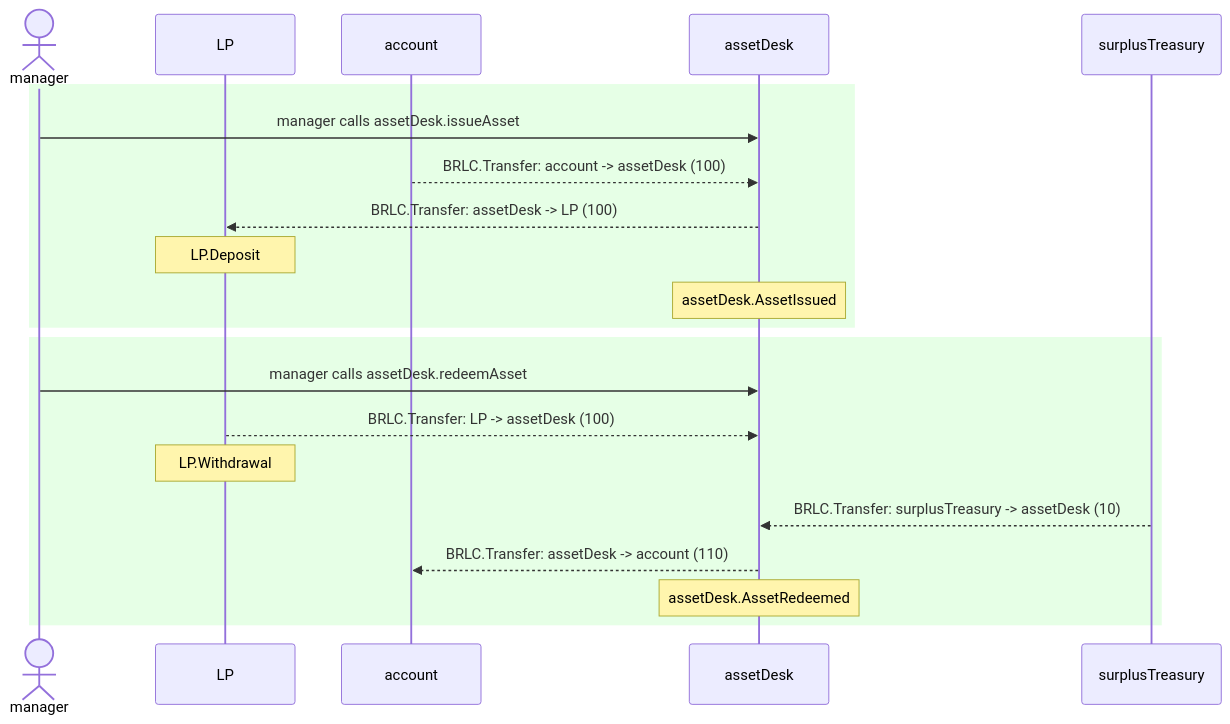
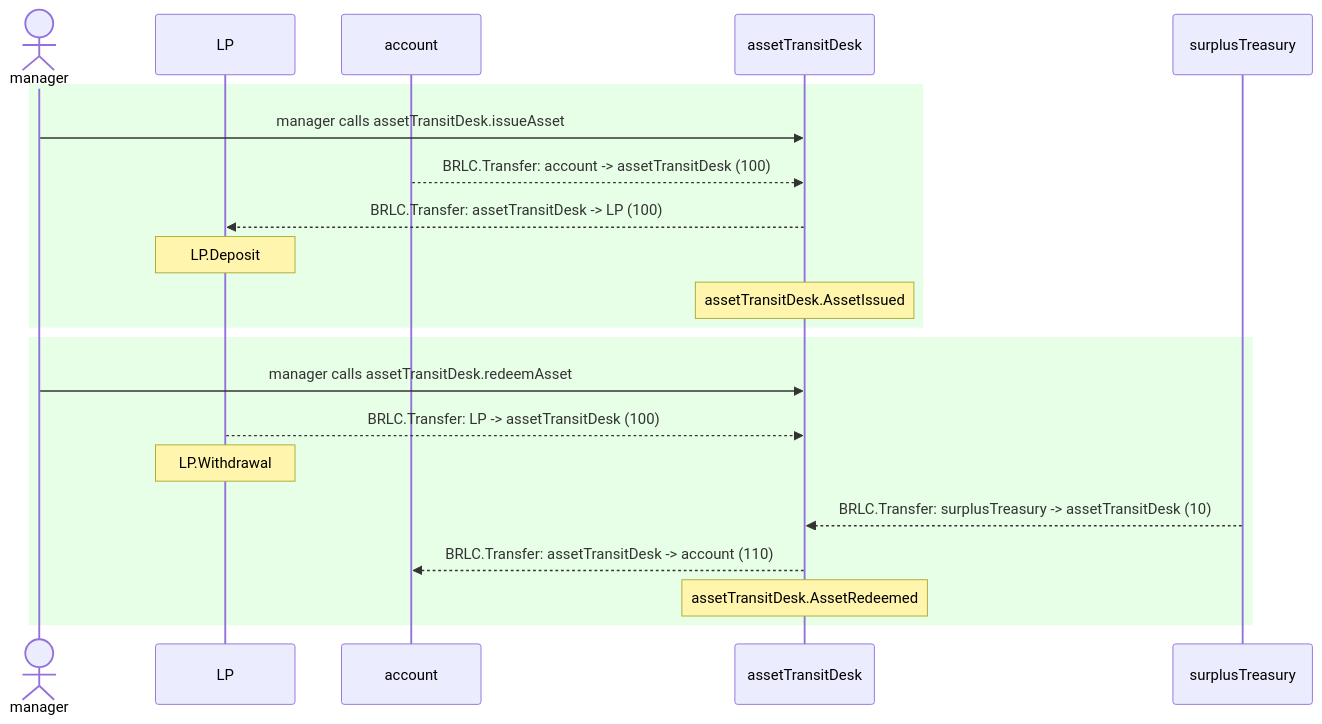
Before and after one commit to cloudwalk/brlc-asset-transit-desk: the first of 2 diagrams in test/__snapshots__humans__/AssetTransitDesk.test.md, drawn with Mermaid. The commit also changed other lines of this file and 3 other files, not shown here.

````diff
--- a/test/__snapshots__humans__/AssetTransitDesk.test.md
+++ b/test/__snapshots__humans__/AssetTransitDesk.test.md
@@ -10,23 +10,23 @@
 ```mermaid
 sequenceDiagram
   actor manager
   participant LP
   participant account
-  participant assetDesk
+  participant assetTransitDesk
   participant surplusTreasury
   rect rgb(230,255,230)
-    manager->>assetDesk: manager calls assetDesk.issueAsset
-    account-->>assetDesk: BRLC.Transfer: account -> assetDesk (100)
-    assetDesk-->>LP: BRLC.Transfer: assetDesk -> LP (100)
+    manager->>assetTransitDesk: manager calls assetTransitDesk.issueAsset
+    account-->>assetTransitDesk: BRLC.Transfer: account -> assetTransitDesk (100)
+    assetTransitDesk-->>LP: BRLC.Transfer: assetTransitDesk -> LP (100)
     Note over LP: LP.Deposit
-    Note over assetDesk: assetDesk.AssetIssued
+    Note over assetTransitDesk: assetTransitDesk.AssetIssued
   end
   rect rgb(230,255,230)
-    manager->>assetDesk: manager calls assetDesk.redeemAsset
-    LP-->>assetDesk: BRLC.Transfer: LP -> assetDesk (100)
+    manager->>assetTransitDesk: manager calls assetTransitDesk.redeemAsset
+    LP-->>assetTransitDesk: BRLC.Transfer: LP -> assetTransitDesk (100)
     Note over LP: LP.Withdrawal
-    surplusTreasury-->>assetDesk: BRLC.Transfer: surplusTreasury -> assetDesk (10)
-    assetDesk-->>account: BRLC.Transfer: assetDesk -> account (110)
-    Note over assetDesk: assetDesk.AssetRedeemed
+    surplusTreasury-->>assetTransitDesk: BRLC.Transfer: surplusTreasury -> assetTransitDesk (10)
+    assetTransitDesk-->>account: BRLC.Transfer: assetTransitDesk -> account (110)
+    Note over assetTransitDesk: assetTransitDesk.AssetRedeemed
   end
 ```
````
